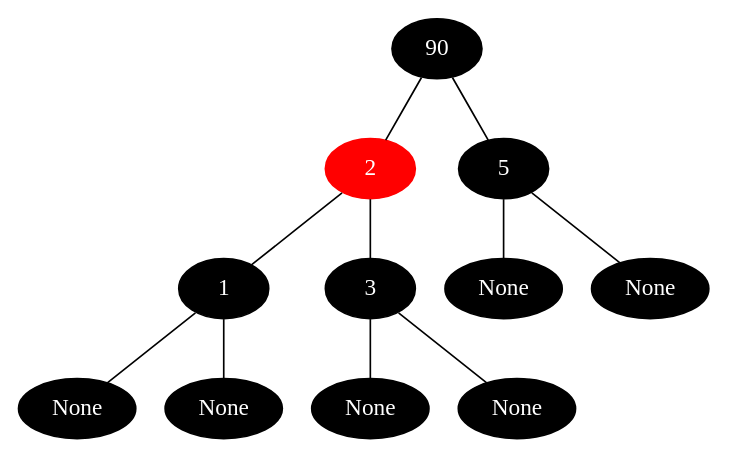
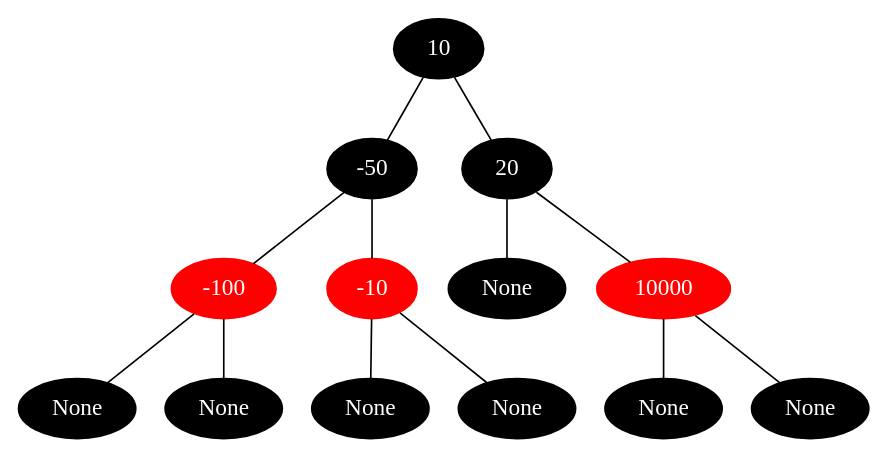
The diagram in rbt.dot (UofA522/Project2), drawn with Graphviz before and after one commit. The commit also changed 5 other files, not shown here.

```diff
--- a/rbt.dot
+++ b/rbt.dot
@@ -1,23 +1,27 @@
 graph {
-	 0 [label="90", color=black, style=filled, fontcolor=white];
-	 1 [label="2", color=red, style=filled, fontcolor=white];
-	 2 [label="1", color=black, style=filled, fontcolor=white];
+	 0 [label="10", color=black, style=filled, fontcolor=white];
+	 1 [label="-50", color=black, style=filled, fontcolor=white];
+	 2 [label="-100", color=red, style=filled, fontcolor=white];
 	 3 [label="None", color=black, style=filled, fontcolor=white];
 	 4 [label="None", color=black, style=filled, fontcolor=white];
-	 5 [label="3", color=black, style=filled, fontcolor=white];
+	 5 [label="-10", color=red, style=filled, fontcolor=white];
 	 6 [label="None", color=black, style=filled, fontcolor=white];
 	 7 [label="None", color=black, style=filled, fontcolor=white];
-	 8 [label="5", color=black, style=filled, fontcolor=white];
+	 8 [label="20", color=black, style=filled, fontcolor=white];
 	 9 [label="None", color=black, style=filled, fontcolor=white];
-	 10 [label="None", color=black, style=filled, fontcolor=white];
+	 10 [label="10000", color=red, style=filled, fontcolor=white];
+	 11 [label="None", color=black, style=filled, fontcolor=white];
+	 12 [label="None", color=black, style=filled, fontcolor=white];
 	 0 -- 1;
 	 1 -- 2;
 	 2 -- 3;
 	 2 -- 4;
 	 1 -- 5;
 	 5 -- 6;
 	 5 -- 7;
 	 0 -- 8;
 	 8 -- 9;
 	 8 -- 10;
+	 10 -- 11;
+	 10 -- 12;
 }
```
